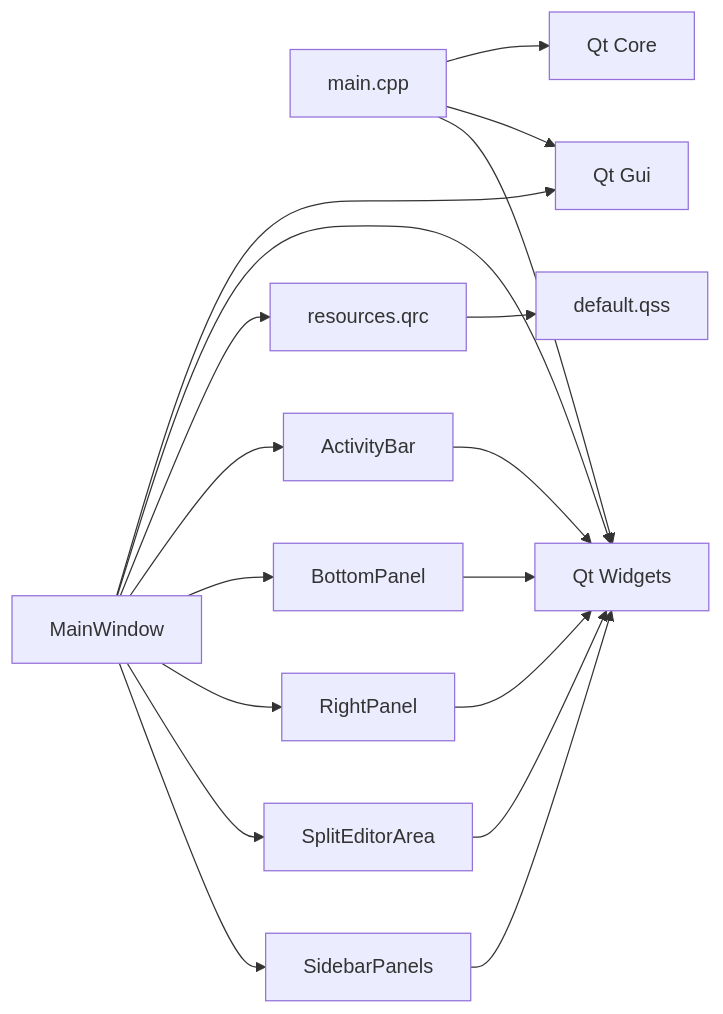
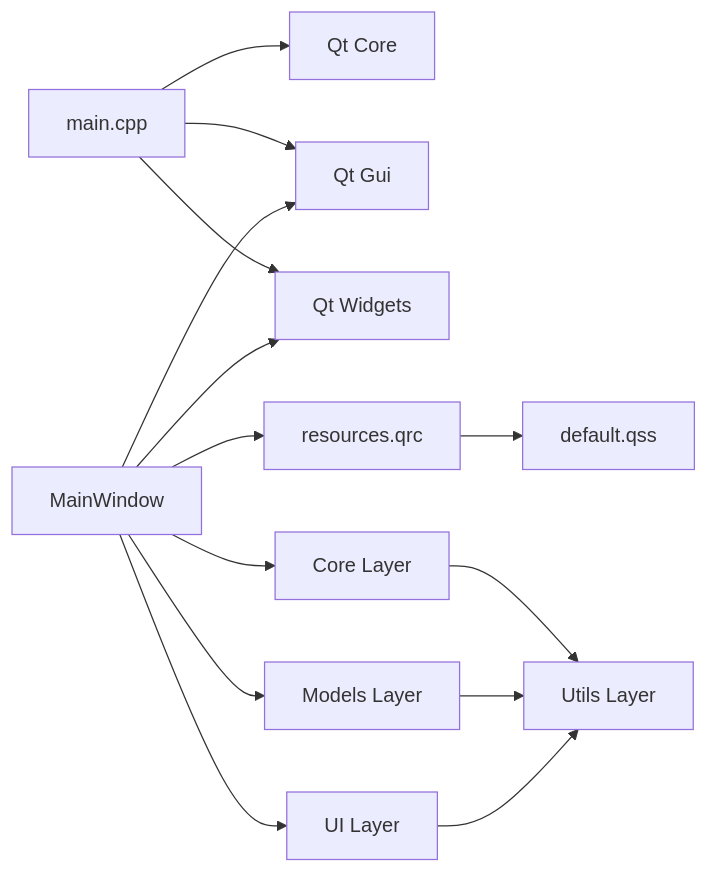
The eighth of 8 diagrams in .qoder/repowiki/zh/content/架构设计/架构设计.md (jakecai1225-design/OpenBus), drawn with Mermaid before and after one commit. The commit also changed other lines of this file and 25 other files, not shown here.

````diff
--- a/.qoder/repowiki/zh/content/架构设计/架构设计.md
+++ b/.qoder/repowiki/zh/content/架构设计/架构设计.md
@@ -385,20 +399,16 @@
 ```mermaid
 graph LR
 Main["main.cpp"] --> QtCore["Qt Core"]
 Main --> QtGui["Qt Gui"]
 Main --> QtWidgets["Qt Widgets"]
 Win["MainWindow"] --> QtGui
 Win --> QtWidgets
 Win --> QRC["resources.qrc"]
-Win --> ActBar["ActivityBar"]
-Win --> BotPanel["BottomPanel"]
-Win --> RightPanel["RightPanel"]
-Win --> SplitArea["SplitEditorArea"]
-Win --> SidePanels["SidebarPanels"]
-ActBar --> QtWidgets
-BotPanel --> QtWidgets
-RightPanel --> QtWidgets
-SplitArea --> QtWidgets
-SidePanels --> QtWidgets
+Win --> Core["Core Layer"]
+Win --> Models["Models Layer"]
+Win --> UI["UI Layer"]
+Core --> Utils["Utils Layer"]
+Models --> Utils
+UI --> Utils
 QRC --> QSS["default.qss"]
 ```
````
